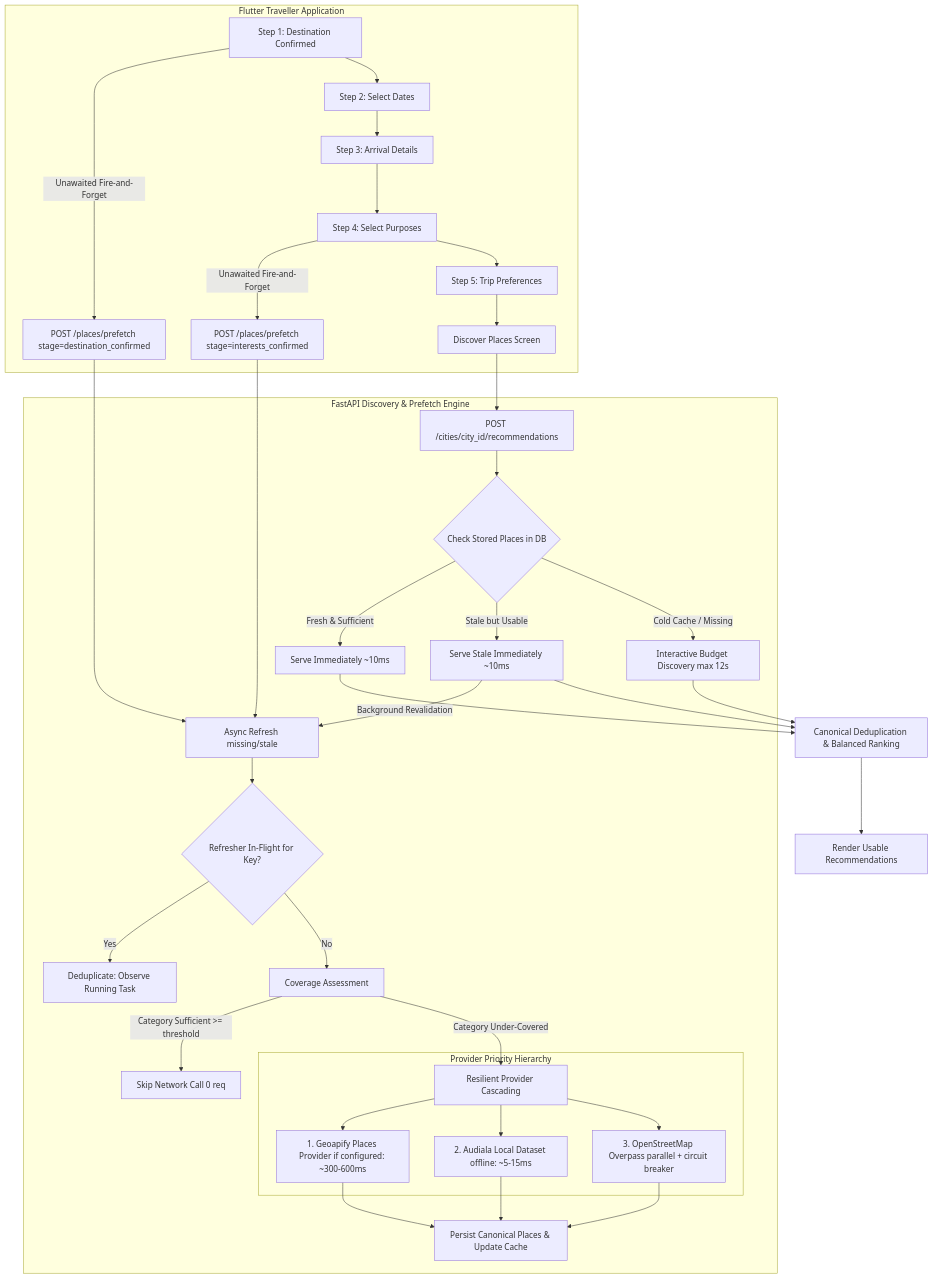
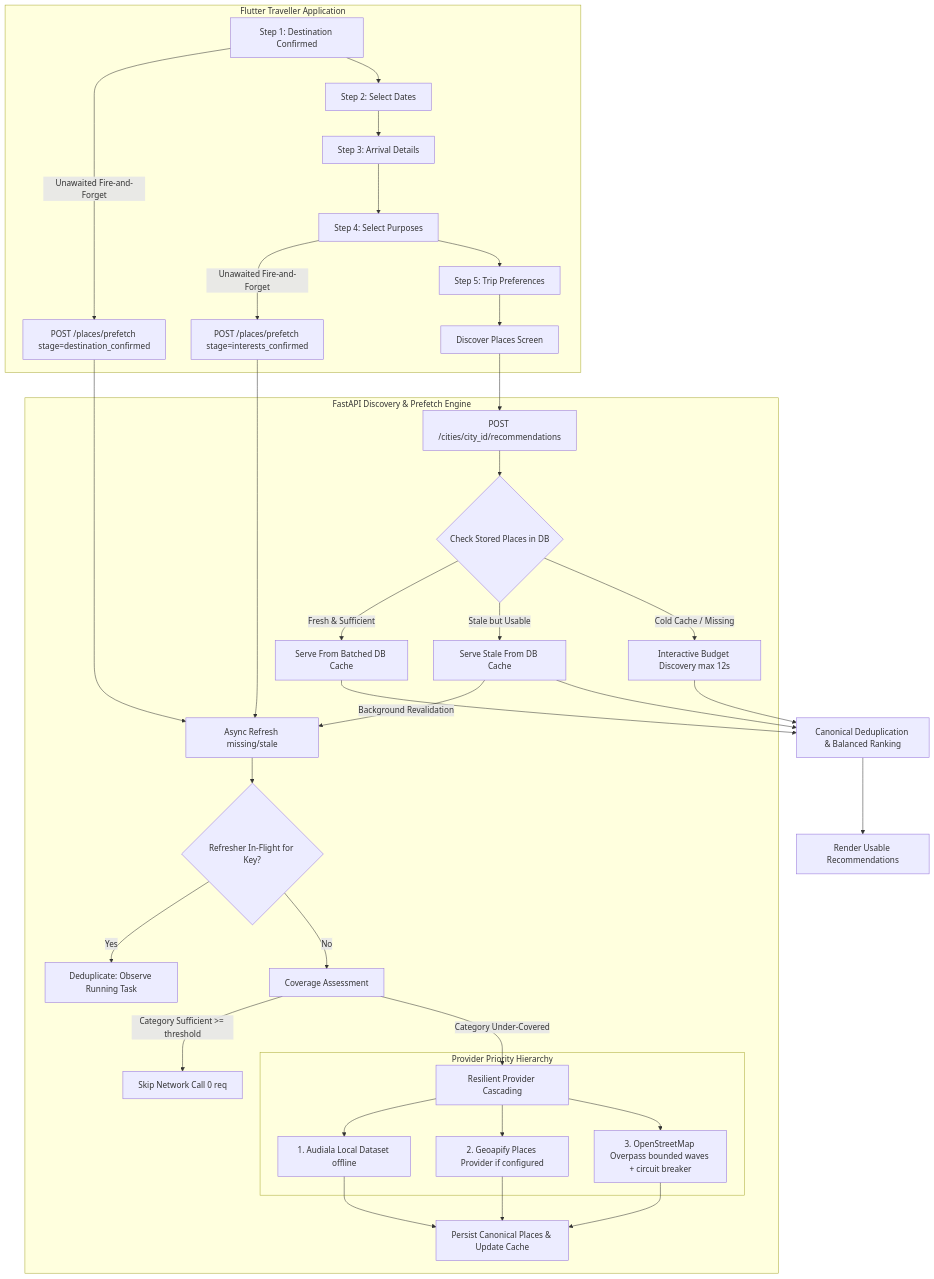
Before and after one commit to rohanxgiri/yatra_canvas: the diagram in docs/live_discovery_reliability.md, drawn with Mermaid. The commit also changed other lines of this file and 39 other files, not shown here.

````diff
--- a/docs/live_discovery_reliability.md
+++ b/docs/live_discovery_reliability.md
@@ -23,45 +23,45 @@
 ```mermaid
 flowchart TD
     subgraph UI ["Flutter Traveller Application"]
         A[Step 1: Destination Confirmed] -->|Unawaited Fire-and-Forget| P1[POST /places/prefetch stage=destination_confirmed]
         A --> B[Step 2: Select Dates]
         B --> C[Step 3: Arrival Details]
         C --> D[Step 4: Select Purposes]
         D -->|Unawaited Fire-and-Forget| P2[POST /places/prefetch stage=interests_confirmed]
         D --> E[Step 5: Trip Preferences]
         E --> F[Discover Places Screen]
     end
 
     subgraph Backend ["FastAPI Discovery & Prefetch Engine"]
         F --> G[POST /cities/city_id/recommendations]
         G --> H{Check Stored Places in DB}
-        H -->|Fresh & Sufficient| I[Serve Immediately ~10ms]
-        H -->|Stale but Usable| J[Serve Stale Immediately ~10ms]
+        H -->|Fresh & Sufficient| I[Serve From Batched DB Cache]
+        H -->|Stale but Usable| J[Serve Stale From DB Cache]
         J -->|Background Revalidation| K[Async Refresh missing/stale]
         H -->|Cold Cache / Missing| L[Interactive Budget Discovery max 12s]
 
         P1 --> K
         P2 --> K
 
         K --> M{Refresher In-Flight for Key?}
         M -->|Yes| N[Deduplicate: Observe Running Task]
         M -->|No| O[Coverage Assessment]
         O -->|Category Sufficient >= threshold| S[Skip Network Call 0 req]
         O -->|Category Under-Covered| P[Resilient Provider Cascading]
 
         subgraph Providers ["Provider Priority Hierarchy"]
-            P --> Q[1. Geoapify Places Provider if configured: ~300-600ms]
-            P --> R[2. Audiala Local Dataset offline: ~5-15ms]
-            P --> T[3. OpenStreetMap Overpass parallel + circuit breaker]
+            P --> Q[1. Audiala Local Dataset offline]
+            P --> R[2. Geoapify Places Provider if configured]
+            P --> T[3. OpenStreetMap Overpass bounded waves + circuit breaker]
         end
 
         Q --> U[Persist Canonical Places & Update Cache]
         R --> U
         T --> U
     end
 
     I --> V[Canonical Deduplication & Balanced Ranking]
     J --> V
     L --> V
     V --> W[Render Usable Recommendations]
 ```
````
